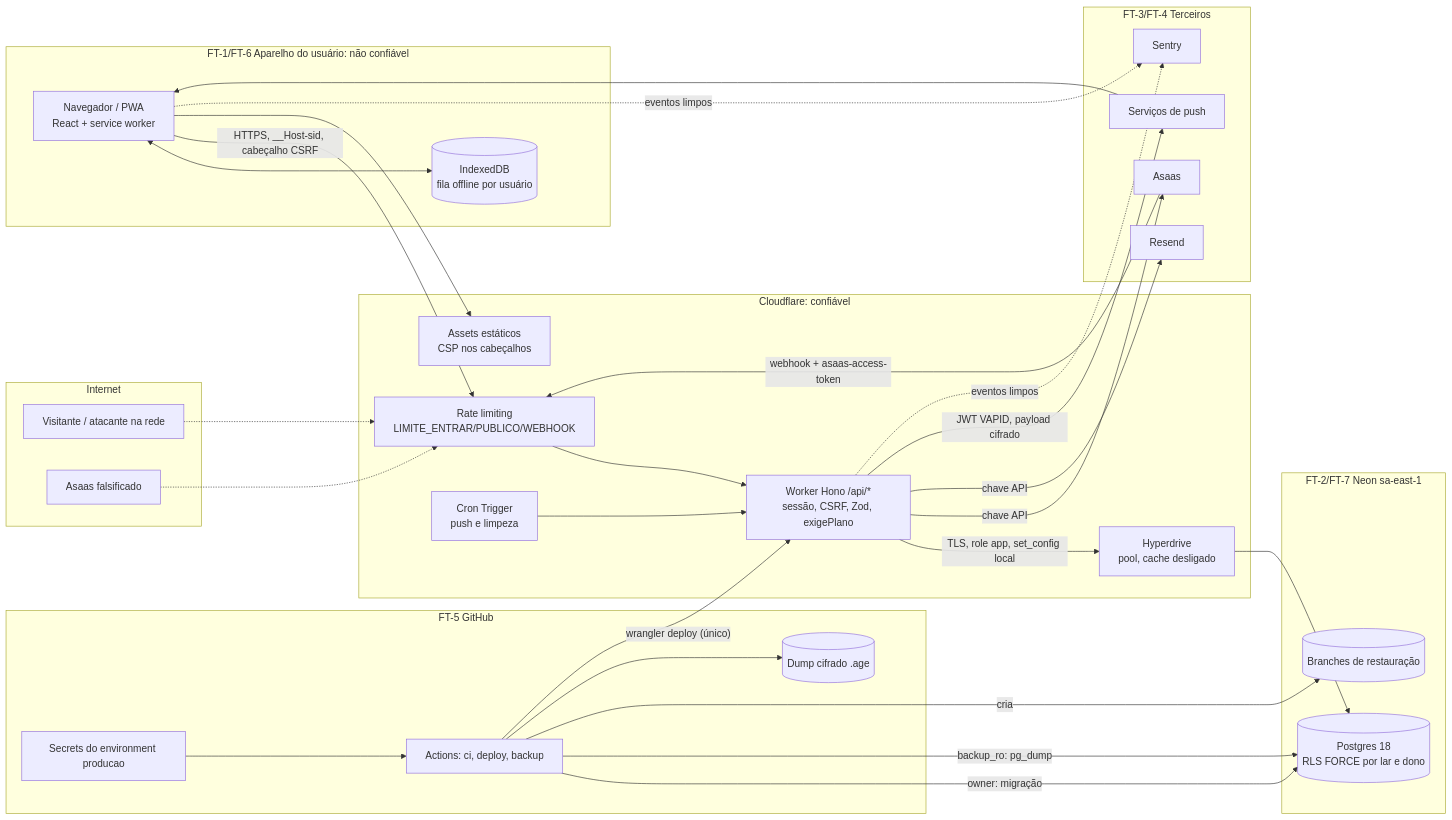
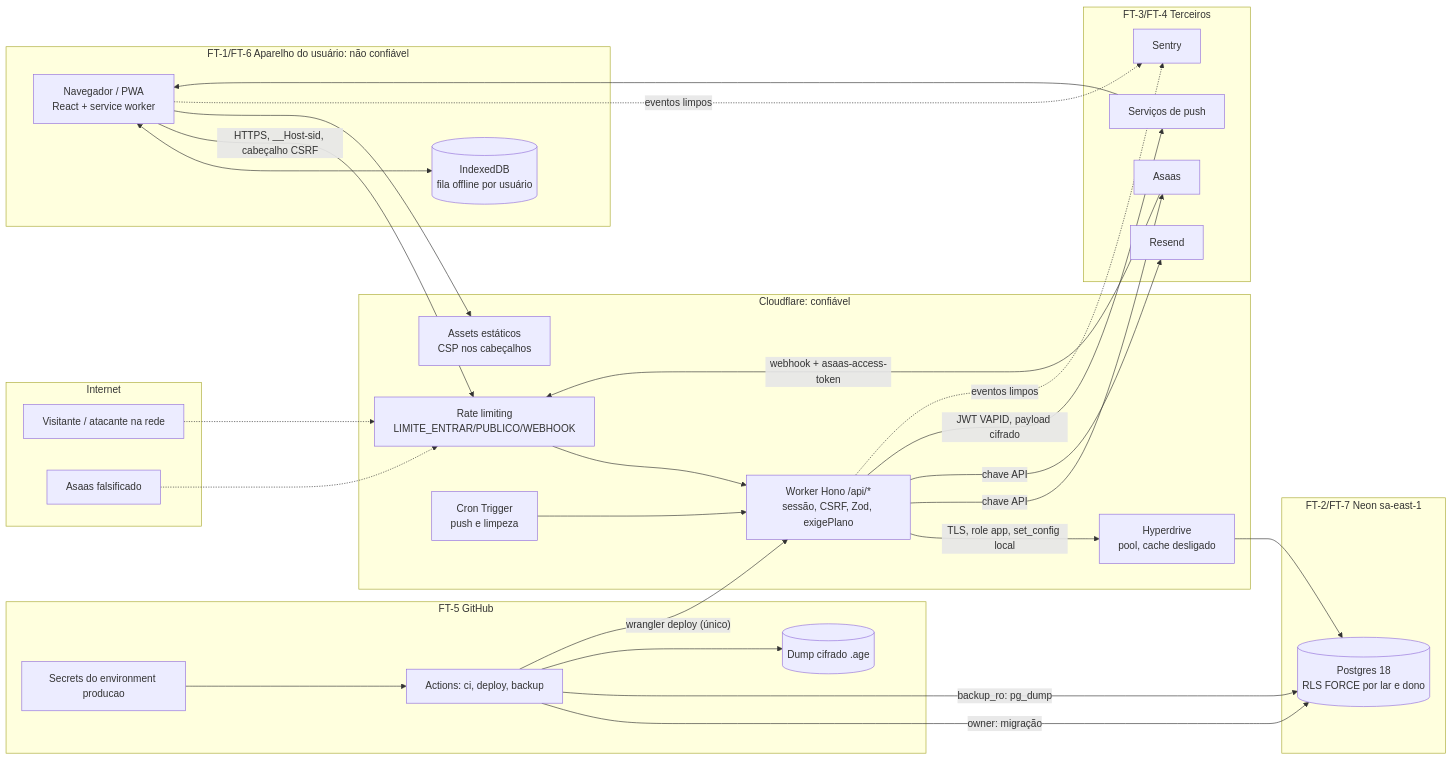
The diagram in .md/THREAT-MODEL.md (leandrosegheto17/ControleEmCasa_LJS), drawn with Mermaid before and after one commit. The commit also changed other lines of this file and 15 other files, not shown here.

````diff
--- a/.md/THREAT-MODEL.md
+++ b/.md/THREAT-MODEL.md
@@ -42,55 +42,53 @@
 ```mermaid
 flowchart LR
   subgraph Z0["FT-1/FT-6 Aparelho do usuário: não confiável"]
     NAV["Navegador / PWA<br/>React + service worker"]
     IDB[("IndexedDB<br/>fila offline por usuário")]
   end
   subgraph Z1["Internet"]
     ATK["Visitante / atacante na rede"]
     FAKE["Asaas falsificado"]
   end
   subgraph Z2["Cloudflare: confiável"]
     RL["Rate limiting<br/>LIMITE_ENTRAR/PUBLICO/WEBHOOK"]
     W["Worker Hono /api/*<br/>sessão, CSRF, Zod, exigePlano"]
     AS["Assets estáticos<br/>CSP nos cabeçalhos"]
     CRON["Cron Trigger<br/>push e limpeza"]
     HD["Hyperdrive<br/>pool, cache desligado"]
   end
   subgraph Z3["FT-2/FT-7 Neon sa-east-1"]
     PG[("Postgres 18<br/>RLS FORCE por lar e dono")]
-    BR[("Branches de restauração")]
   end
   subgraph Z4["FT-3/FT-4 Terceiros"]
     ASA["Asaas"]
     RES["Resend"]
     PS["Serviços de push"]
     SEN["Sentry"]
   end
   subgraph Z5["FT-5 GitHub"]
     GA["Actions: ci, deploy, backup"]
     SEC["Secrets do environment producao"]
     ART[("Dump cifrado .age")]
   end
   NAV <--> IDB
   NAV -- "HTTPS, __Host-sid, cabeçalho CSRF" --> RL
   ATK -.-> RL
   FAKE -.-> RL
   ASA -- "webhook + asaas-access-token" --> RL
   RL --> W
   NAV --> AS
   CRON --> W
   W -- "TLS, role app, set_config local" --> HD
   HD --> PG
   W -- "chave API" --> ASA
   W -- "chave API" --> RES
   W -- "JWT VAPID, payload cifrado" --> PS
   PS --> NAV
   W -. "eventos limpos" .-> SEN
   NAV -. "eventos limpos" .-> SEN
   SEC --> GA
   GA -- "owner: migração" --> PG
   GA -- "backup_ro: pg_dump" --> PG
-  GA -- "cria" --> BR
   GA --> ART
   GA -- "wrangler deploy (único)" --> W
 ```
````
